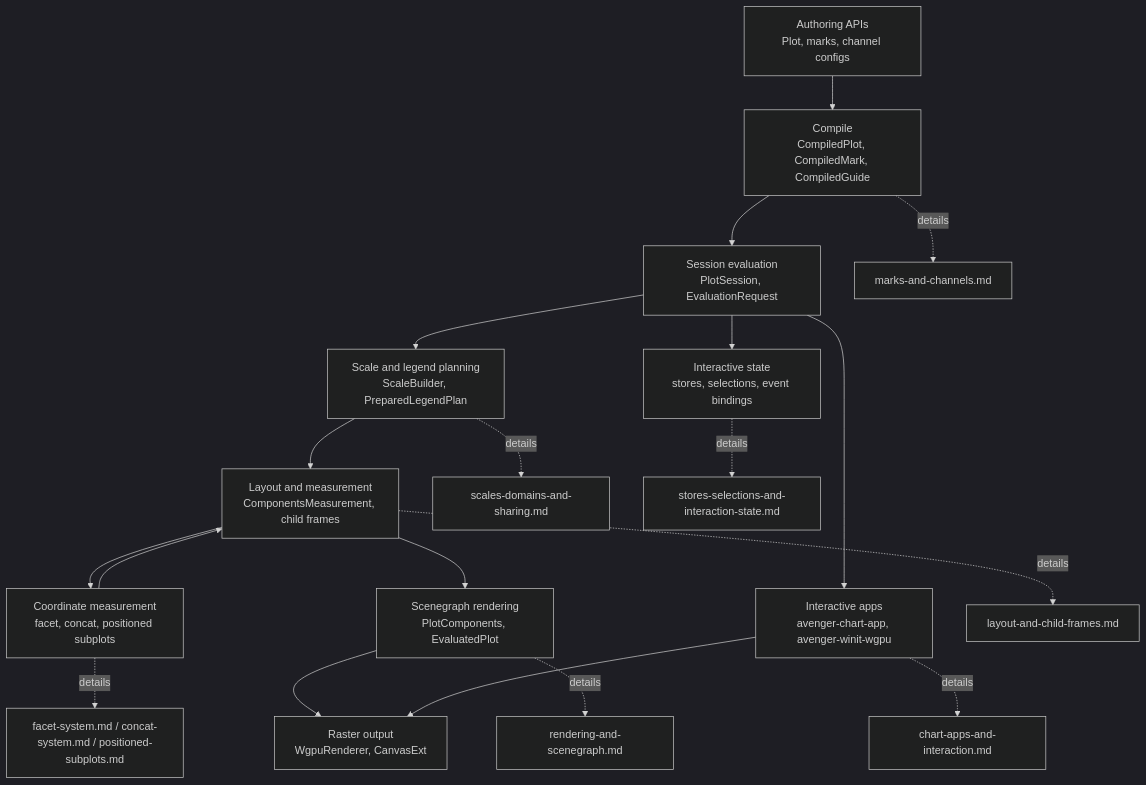
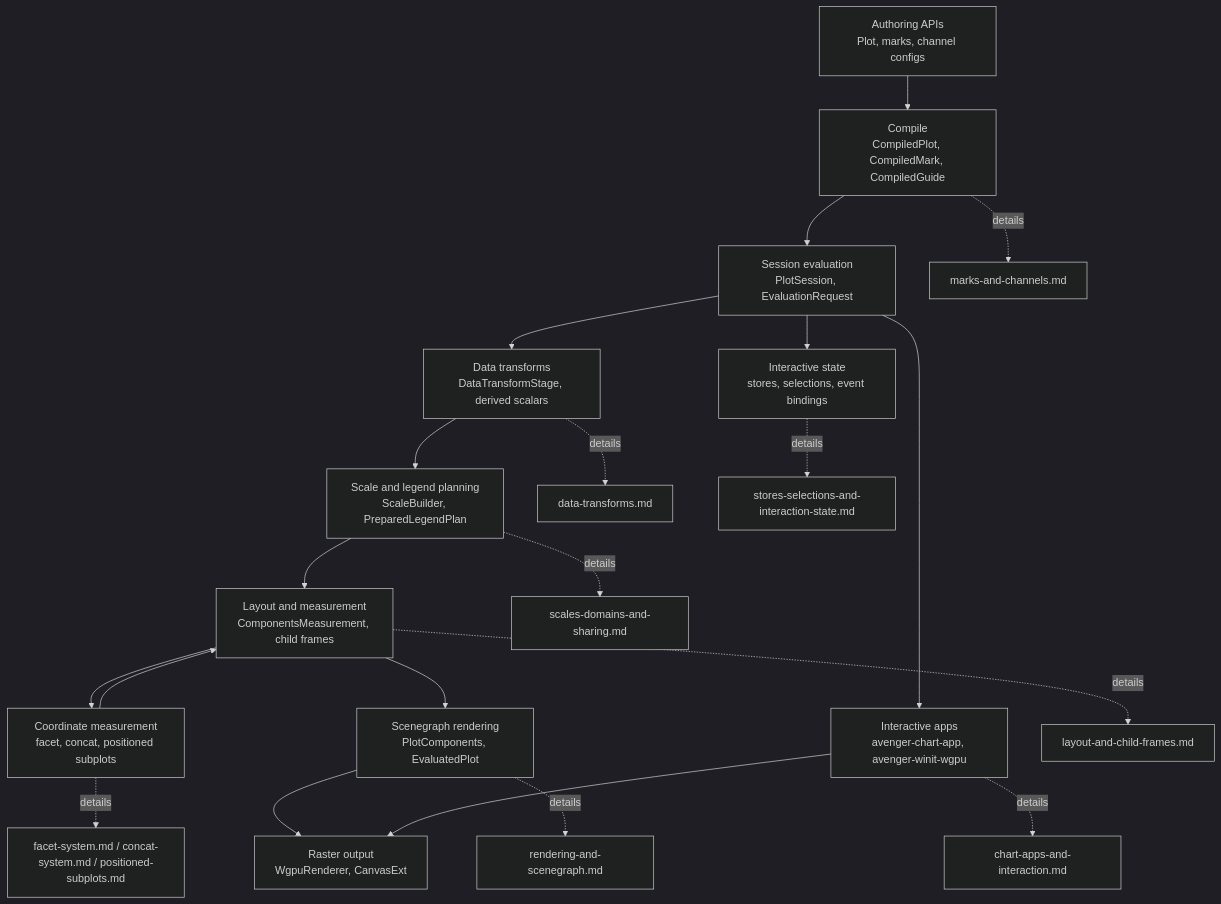
Before and after one commit to jonmmease/avenger: the diagram in avenger-chart/docs/architecture/README.md, drawn with Mermaid (dark theme). The commit also changed other lines of this file and 4 other files, not shown here.

Commit message:
docs(chart): document transform architecture

````diff
--- a/avenger-chart/docs/architecture/README.md
+++ b/avenger-chart/docs/architecture/README.md
@@ -35,33 +36,36 @@
 ```mermaid
 flowchart TD
     Author["Authoring APIs\nPlot, marks, channel configs"]
     Compile["Compile\nCompiledPlot, CompiledMark, CompiledGuide"]
     Session["Session evaluation\nPlotSession, EvaluationRequest"]
+    Transforms["Data transforms\nDataTransformStage, derived scalars"]
     ScaleLegend["Scale and legend planning\nScaleBuilder, PreparedLegendPlan"]
     Layout["Layout and measurement\nComponentsMeasurement, child frames"]
     Coord["Coordinate measurement\nfacet, concat, positioned subplots"]
     Render["Scenegraph rendering\nPlotComponents, EvaluatedPlot"]
     Wgpu["Raster output\nWgpuRenderer, CanvasExt"]
     Apps["Interactive apps\navenger-chart-app, avenger-winit-wgpu"]
     State["Interactive state\nstores, selections, event bindings"]
 
     Author --> Compile
     Compile --> Session
-    Session --> ScaleLegend
+    Session --> Transforms
+    Transforms --> ScaleLegend
     ScaleLegend --> Layout
     Layout --> Coord
     Coord --> Layout
     Layout --> Render
     Render --> Wgpu
     Session --> Apps
     Session --> State
     Apps --> Wgpu
 
     Compile -. details .-> Marks["marks-and-channels.md"]
+    Transforms -. details .-> TransformDocs["data-transforms.md"]
     ScaleLegend -. details .-> Scales["scales-domains-and-sharing.md"]
     Layout -. details .-> ChildFrames["layout-and-child-frames.md"]
     Coord -. details .-> Containers["facet-system.md / concat-system.md / positioned-subplots.md"]
     Render -. details .-> Rendering["rendering-and-scenegraph.md"]
     Apps -. details .-> AppDocs["chart-apps-and-interaction.md"]
     State -. details .-> StateDocs["stores-selections-and-interaction-state.md"]
 ```
````
